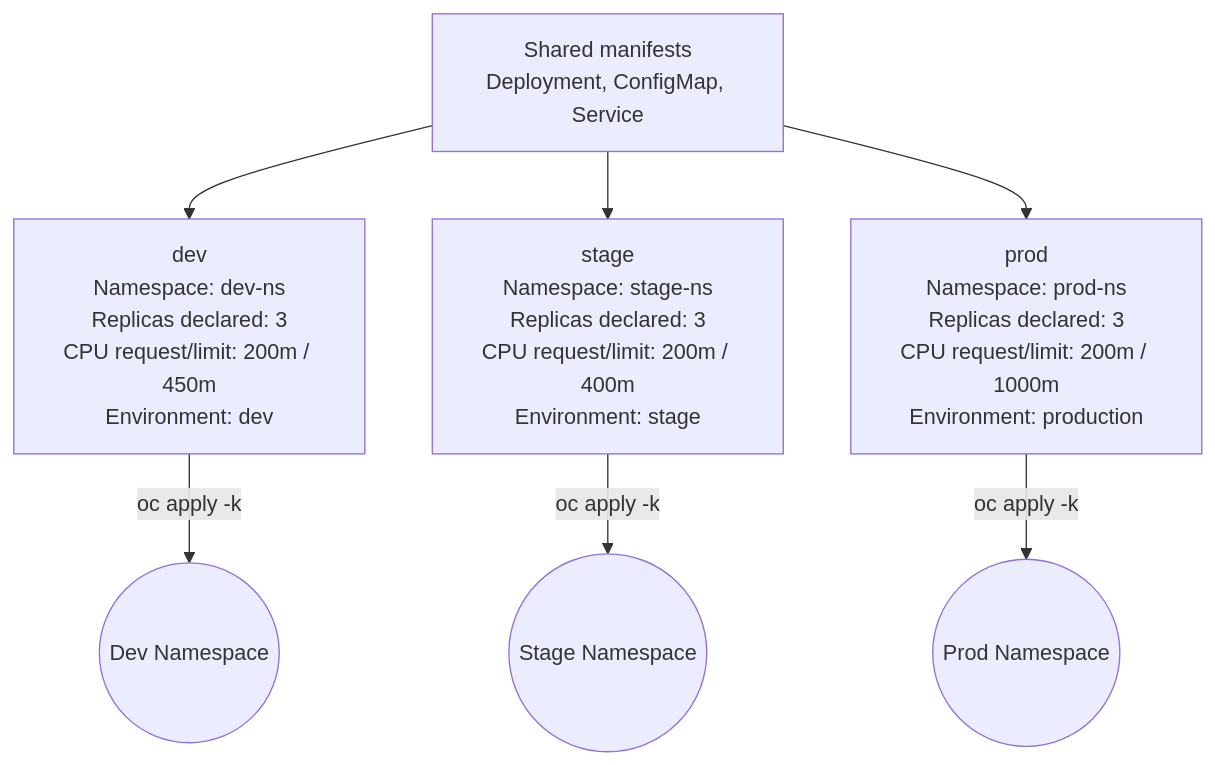
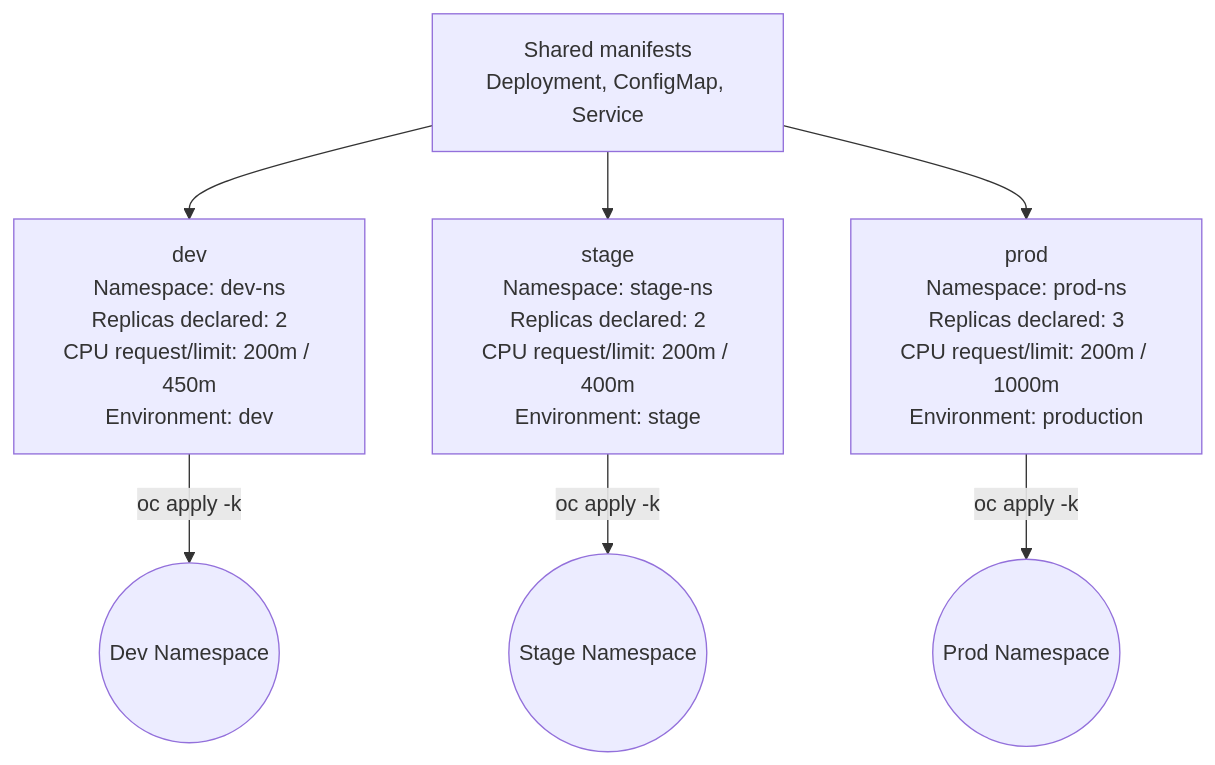
The diagram in base/README.md (rajkumar25maurya/kustomization), drawn with Mermaid before and after one commit.

````diff
--- a/base/README.md
+++ b/base/README.md
@@ -31,12 +31,12 @@
 ```mermaid
 graph TD
     B["Shared manifests<br/>Deployment, ConfigMap, Service"]
 
-    B --> D["dev<br/>Namespace: dev-ns<br/>Replicas declared: 3<br/>CPU request/limit: 200m / 450m<br/>Environment: dev"]
-    B --> S["stage<br/>Namespace: stage-ns<br/>Replicas declared: 3<br/>CPU request/limit: 200m / 400m<br/>Environment: stage"]
+    B --> D["dev<br/>Namespace: dev-ns<br/>Replicas declared: 2<br/>CPU request/limit: 200m / 450m<br/>Environment: dev"]
+    B --> S["stage<br/>Namespace: stage-ns<br/>Replicas declared: 2<br/>CPU request/limit: 200m / 400m<br/>Environment: stage"]
     B --> P["prod<br/>Namespace: prod-ns<br/>Replicas declared: 3<br/>CPU request/limit: 200m / 1000m<br/>Environment: production"]
 
     D -->|oc apply -k| DN((Dev Namespace))
     S -->|oc apply -k| SN((Stage Namespace))
     P -->|oc apply -k| PN((Prod Namespace))
 ```
````
